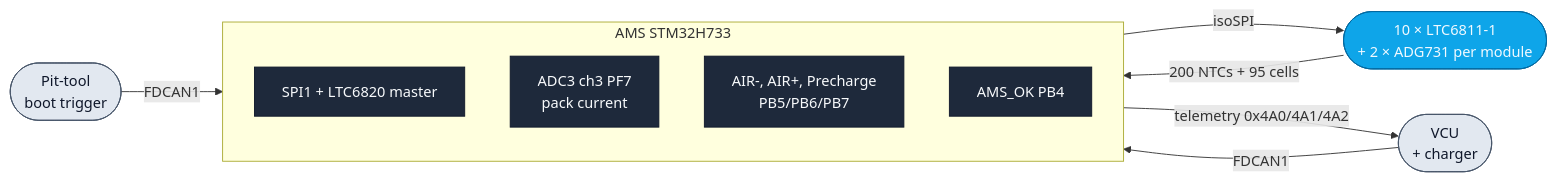
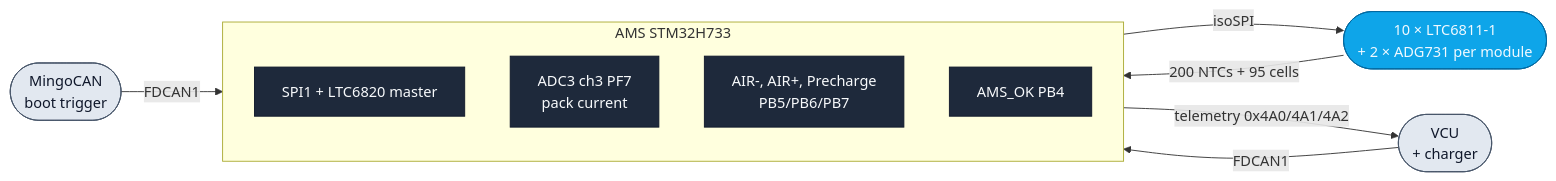
The first of 2 diagrams in README.md (isc-fs/IFS08-CE-AMS), drawn with Mermaid before and after one commit. The commit also changed 10 other files, not shown here.

First line of the commit message:
docs: rename the host tool "pit-tool" -> "MingoCAN"

````diff
--- a/README.md
+++ b/README.md
@@ -28,24 +28,24 @@
 ```mermaid
 flowchart LR
     VCU([VCU<br/>+ charger]) -- FDCAN1 --> AMS
-    BENCH([Pit-tool<br/>boot trigger]) -- FDCAN1 --> AMS
+    BENCH([MingoCAN<br/>boot trigger]) -- FDCAN1 --> AMS
 
     subgraph AMS[AMS STM32H733]
         SPI[SPI1 + LTC6820 master]
         ADC[ADC3 ch3 PF7<br/>pack current]
         Relays[AIR-, AIR+, Precharge<br/>PB5/PB6/PB7]
         AmsOk[AMS_OK PB4]
     end
 
     AMS -- "isoSPI" --> Chain([10 × LTC6811-1<br/>+ 2 × ADG731 per module])
     Chain -- "200 NTCs + 95 cells" --> AMS
 
     AMS -- "telemetry 0x4A0/4A1/4A2" --> VCU
 
     classDef ext  fill:#e2e8f0,stroke:#475569,color:#0f172a
     classDef hw   fill:#1e293b,stroke:#0f172a,color:#f8fafc
     classDef bus  fill:#0ea5e9,stroke:#0369a1,color:#f0f9ff
     class VCU,BENCH ext
     class SPI,ADC,Relays,AmsOk hw
     class Chain bus
 ```
````
